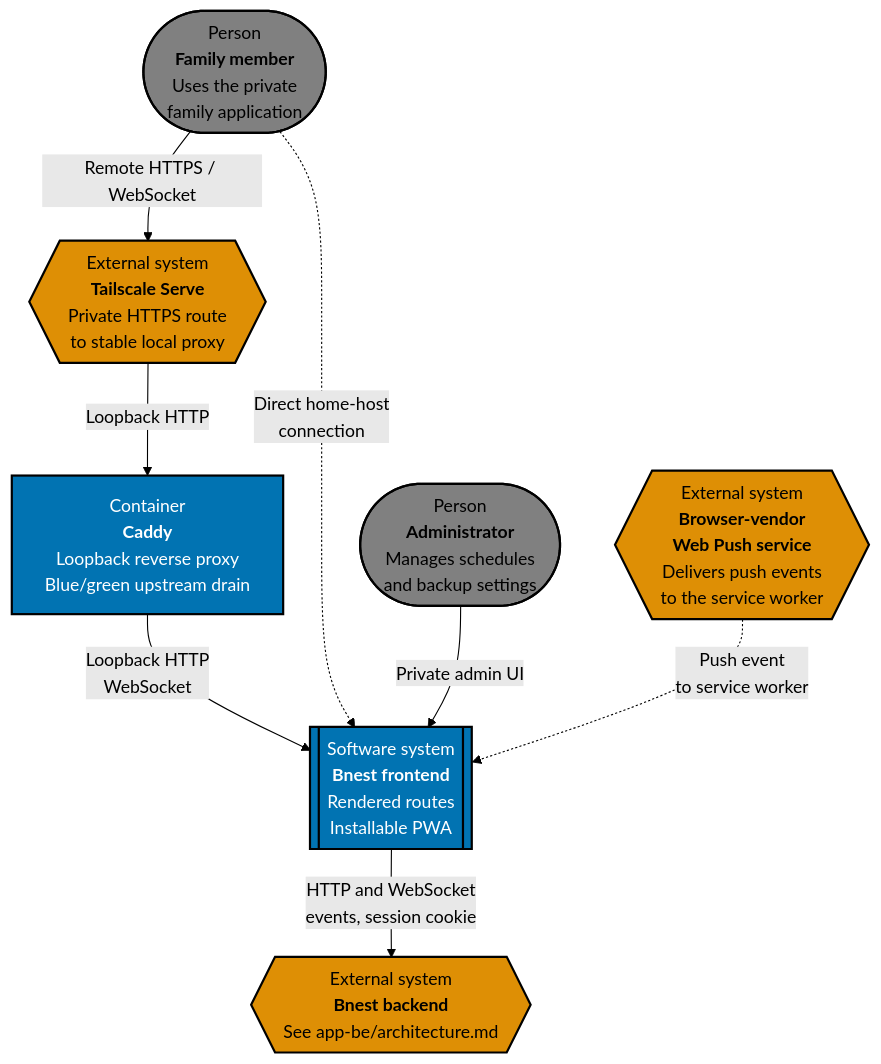
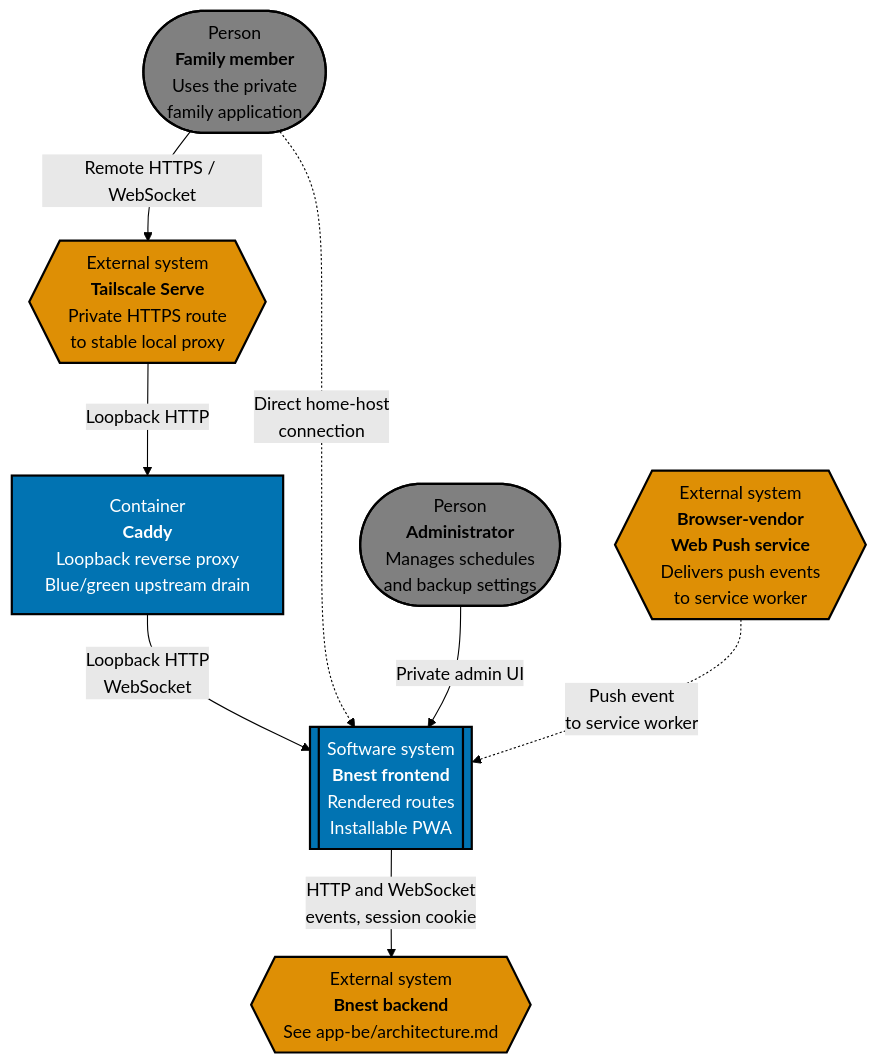
Before and after one commit to wahidyankf/beaver-nest: the first of 3 diagrams in specs/apps/bnest/app-fe/architecture.md, drawn with Mermaid (forest theme). The commit also changed other lines of this file and 1 other file, not shown here.

First line of the commit message:
docs(specs): fit the mermaid labels under 120 columns

````diff
--- a/specs/apps/bnest/app-fe/architecture.md
+++ b/specs/apps/bnest/app-fe/architecture.md
@@ -11,46 +11,46 @@
 ```mermaid
 flowchart TB
-    accTitle: System Context
-    accDescr {
-        Flowchart with 7 nodes and 7 connections. Nodes: Person Family member Uses the private family application,
-        Person Administrator Manages schedules and backup settings, External system Tailscale Serve Private HTTPS route
-        to stable local proxy, Container Caddy Loopback reverse proxy Blue/green upstream drain, Software system Bnest
-        frontend Rendered routes Installable PWA, External system Bnest backend See app-be/architecture.md, External
-        system Browser-vendor Web Push service Delivers push events to the service worker. Connections: Person Family
-        member Uses the private family application to External system Tailscale Serve Private HTTPS route to stable
-        local proxy (Remote HTTPS / WebSocket), External system Tailscale Serve Private HTTPS route to stable local
-        proxy to Container Caddy Loopback reverse proxy Blue/green upstream drain (Loopback HTTP), Container Caddy
-        Loopback reverse proxy Blue/green upstream drain to Software system Bnest frontend Rendered routes Installable
-        PWA (Loopback HTTP WebSocket), Person Family member Uses the private family application to Software system Bnest
-        frontend Rendered routes Installable PWA (Direct home-host connection), Person Administrator Manages schedules
-        and backup settings to Software system Bnest frontend Rendered routes Installable PWA (Private admin UI),
-        Software system Bnest frontend Rendered routes Installable PWA to External system Bnest backend See
-        app-be/architecture.md (HTTP and WebSocket events, session cookie), External system Browser-vendor Web Push
-        service Delivers push events to the service worker to Software system Bnest frontend Rendered routes Installable
-        PWA (Push event to service worker).
-    }
-    visitor(["Person<br/><b>Family member</b><br/>Uses the private<br/>family application"])
-    admin(["Person<br/><b>Administrator</b><br/>Manages schedules<br/>and backup settings"])
-    tailscale{{"External system<br/><b>Tailscale Serve</b><br/>Private HTTPS route<br/>to stable local proxy"}}
-    caddy["Container<br/><b>Caddy</b><br/>Loopback reverse proxy<br/>Blue/green upstream drain"]
-    frontend[["Software system<br/><b>Bnest frontend</b><br/>Rendered routes<br/>Installable PWA"]]
-    backend{{"External system<br/><b>Bnest backend</b><br/>See app-be/architecture.md"}}
-    webpush{{"External system<br/><b>Browser-vendor<br/>Web Push service</b><br/>Delivers push events<br/>to the service worker"}}
+accTitle: System Context
+accDescr {
+Flowchart with 7 nodes and 7 connections. Nodes: Person Family member Uses the private family application,
+Person Administrator Manages schedules and backup settings, External system Tailscale Serve Private HTTPS route
+to stable local proxy, Container Caddy Loopback reverse proxy Blue/green upstream drain, Software system Bnest
+frontend Rendered routes Installable PWA, External system Bnest backend See app-be/architecture.md, External
+system Browser-vendor Web Push service Delivers push events to service worker. Connections: Person Family
+member Uses the private family application to External system Tailscale Serve Private HTTPS route to stable
+local proxy (Remote HTTPS / WebSocket), External system Tailscale Serve Private HTTPS route to stable local
+proxy to Container Caddy Loopback reverse proxy Blue/green upstream drain (Loopback HTTP), Container Caddy
+Loopback reverse proxy Blue/green upstream drain to Software system Bnest frontend Rendered routes Installable
+PWA (Loopback HTTP WebSocket), Person Family member Uses the private family application to Software system Bnest
+frontend Rendered routes Installable PWA (Direct home-host connection), Person Administrator Manages schedules
+and backup settings to Software system Bnest frontend Rendered routes Installable PWA (Private admin UI),
+Software system Bnest frontend Rendered routes Installable PWA to External system Bnest backend See
+app-be/architecture.md (HTTP and WebSocket events, session cookie), External system Browser-vendor Web Push
+service Delivers push events to service worker to Software system Bnest frontend Rendered routes Installable
+PWA (Push event to service worker).
+}
+visitor(["Person<br><b>Family member</b><br>Uses the private<br>family application"])
+admin(["Person<br><b>Administrator</b><br>Manages schedules<br>and backup settings"])
+tailscale{{"External system<br><b>Tailscale Serve</b><br>Private HTTPS route<br>to stable local proxy"}}
+caddy["Container<br><b>Caddy</b><br>Loopback reverse proxy<br>Blue/green upstream drain"]
+frontend[["Software system<br><b>Bnest frontend</b><br>Rendered routes<br>Installable PWA"]]
+backend{{"External system<br><b>Bnest backend</b><br>See app-be/architecture.md"}}
+webpush{{"External system<br><b>Browser-vendor<br>Web Push service</b><br>Delivers push events<br>to service worker"}}
 
-    visitor -->|Remote HTTPS / WebSocket| tailscale
-    tailscale -->|Loopback HTTP| caddy
-    caddy -->|Loopback HTTP<br/>WebSocket| frontend
-    visitor -.->|Direct home-host<br/>connection| frontend
-    admin -->|Private admin UI| frontend
-    frontend -->|HTTP and WebSocket<br/>events, session cookie| backend
-    webpush -.->|Push event<br/>to service worker| frontend
+visitor -->|Remote HTTPS / WebSocket| tailscale
+tailscale -->|Loopback HTTP| caddy
+caddy -->|Loopback HTTP<br>WebSocket| frontend
+visitor -.->|Direct home-host<br>connection| frontend
+admin -->|Private admin UI| frontend
+frontend -->|HTTP and WebSocket<br>events, session cookie| backend
+webpush -.->|Push event<br>to service worker| frontend
 
-    classDef person fill:#808080,stroke:#000000,color:#000000,stroke-width:2px
-    classDef system fill:#0173B2,stroke:#000000,color:#FFFFFF,stroke-width:2px
-    classDef external fill:#DE8F05,stroke:#000000,color:#000000,stroke-width:2px
-    class visitor,admin person
-    class frontend system
-    class tailscale,backend,webpush external
-    class caddy system
-    classDef default fill:#FFFFFF,stroke:#000000,color:#000000
+classDef person fill:#808080,stroke:#000000,color:#000000,stroke-width:2px
+classDef system fill:#0173B2,stroke:#000000,color:#FFFFFF,stroke-width:2px
+classDef external fill:#DE8F05,stroke:#000000,color:#000000,stroke-width:2px
+class visitor,admin person
+class frontend system
+class tailscale,backend,webpush external
+class caddy system
+classDef default fill:#FFFFFF,stroke:#000000,color:#000000
 ```
````
